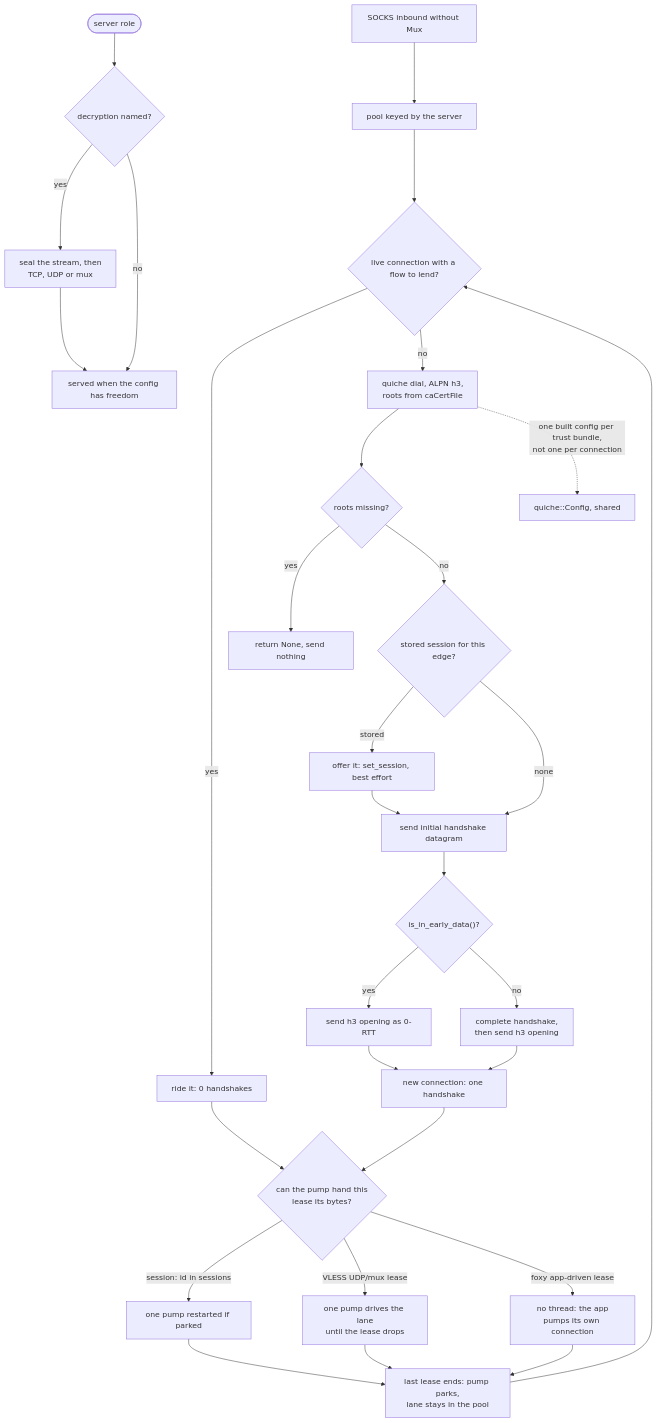
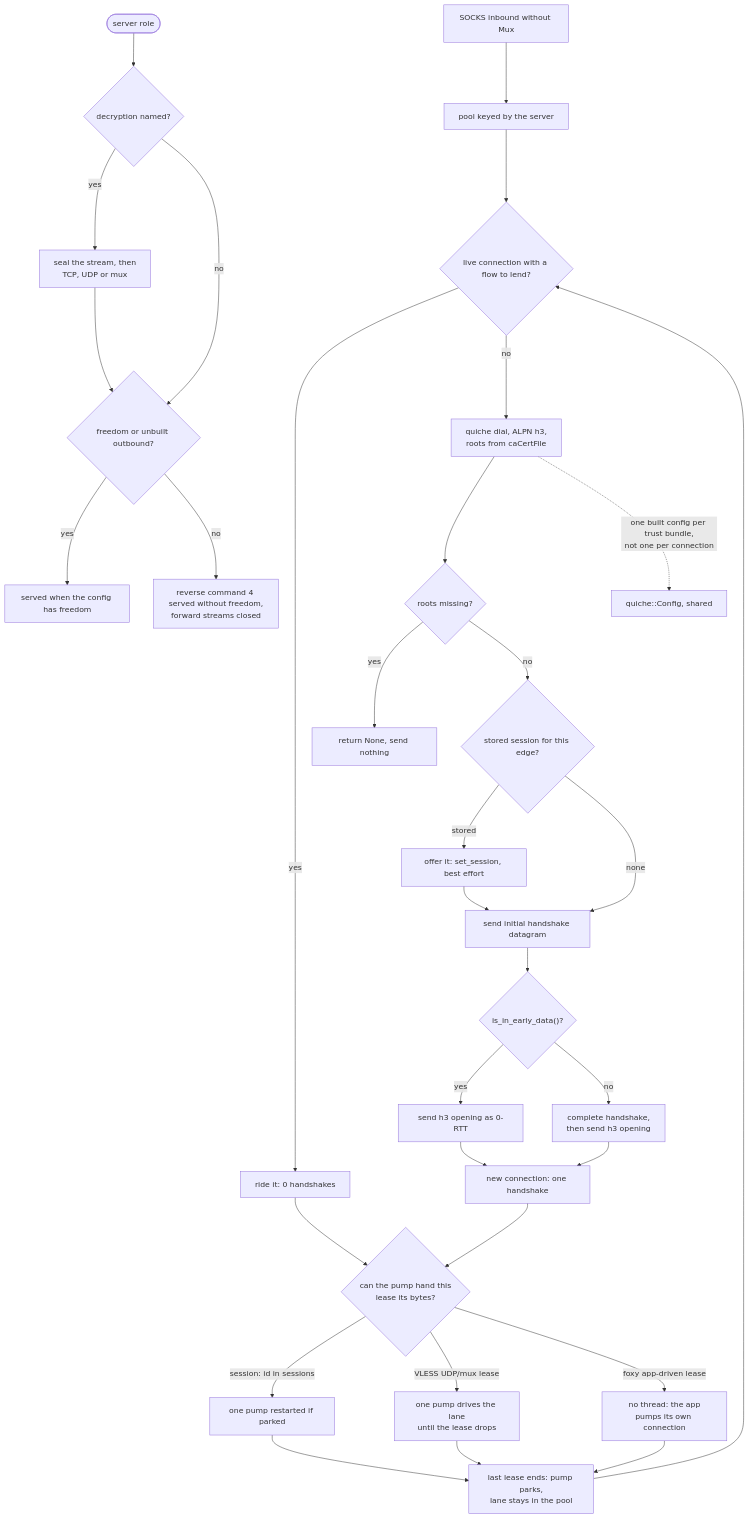
The diagram in docs/function/carrier-quic.md (ferroxdev/ferrox-2), drawn with Mermaid before and after one commit. The commit also changed 2 other files, not shown here.

Commit message:
reverse: admit a routed udp flow without a pre-pick

````diff
--- a/docs/function/carrier-quic.md
+++ b/docs/function/carrier-quic.md
@@ -31,32 +31,34 @@
 ```mermaid
 graph TD
     S["SOCKS inbound without Mux"] --> P["pool keyed by the server"]
     P --> Q{"live connection with a flow to lend?"}
     Q -- yes --> U["ride it: 0 handshakes"]
     Q -- no --> D["quiche dial, ALPN h3,<br/>roots from caCertFile"]
     D --> N{"roots missing?"}
     N -- yes --> X["return None, send nothing"]
     N -- no --> R0{"stored session for this edge?"}
     R0 -- "stored" --> S0["offer it: set_session, best effort"]
     R0 -- "none" --> H0["send initial handshake datagram"]
     S0 --> H0
     H0 --> EA{"is_in_early_data()?"}
     EA -- yes --> EA0["send h3 opening as 0-RTT"]
     EA -- no --> EA1["complete handshake,<br/>then send h3 opening"]
     EA0 --> C0["new connection: one handshake"]
     EA1 --> C0
     C0 --> V
     U --> V{"can the pump hand this<br/>lease its bytes?"}
     V -- "session: id in sessions" --> W["one pump restarted if parked"]
     V -- "VLESS UDP/mux lease" --> W2["one pump drives the lane<br/>until the lease drops"]
     V -- "foxy app-driven lease" --> Y["no thread: the app<br/>pumps its own connection"]
     W --> K["last lease ends: pump parks,<br/>lane stays in the pool"]
     W2 --> K
     Y --> K
     K --> Q
     D -. "one built config per trust bundle,<br/>not one per connection" .-> CF["quiche::Config, shared"]
     H(["server role"]) --> E{"decryption named?"}
     E -- yes --> ES["seal the stream, then<br/>TCP, UDP or mux"]
-    E -- no --> R["served when the config has freedom"]
-    ES --> R
+    ES --> R{"freedom or unbuilt outbound?"}
+    E -- no --> R
+    R -- yes --> R1["served when the config has freedom"]
+    R -- no --> R2["reverse command 4 served without freedom,<br/>forward streams closed"]
 ```
````
